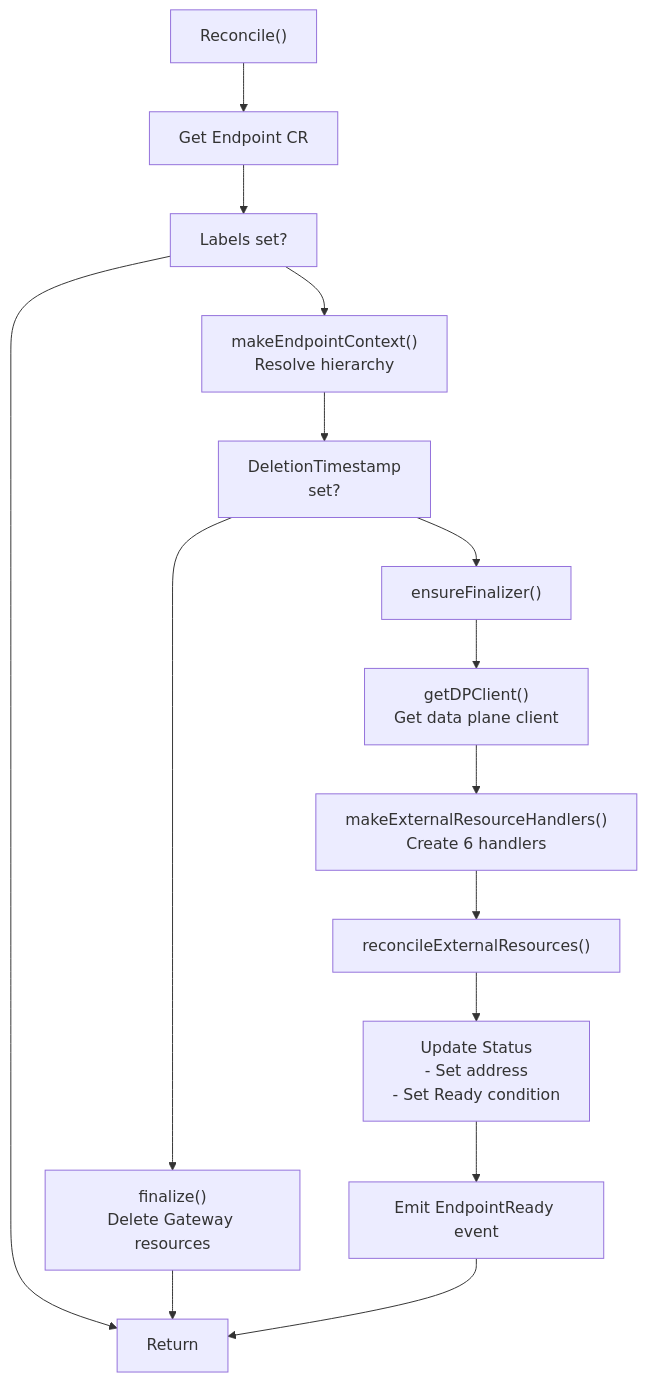
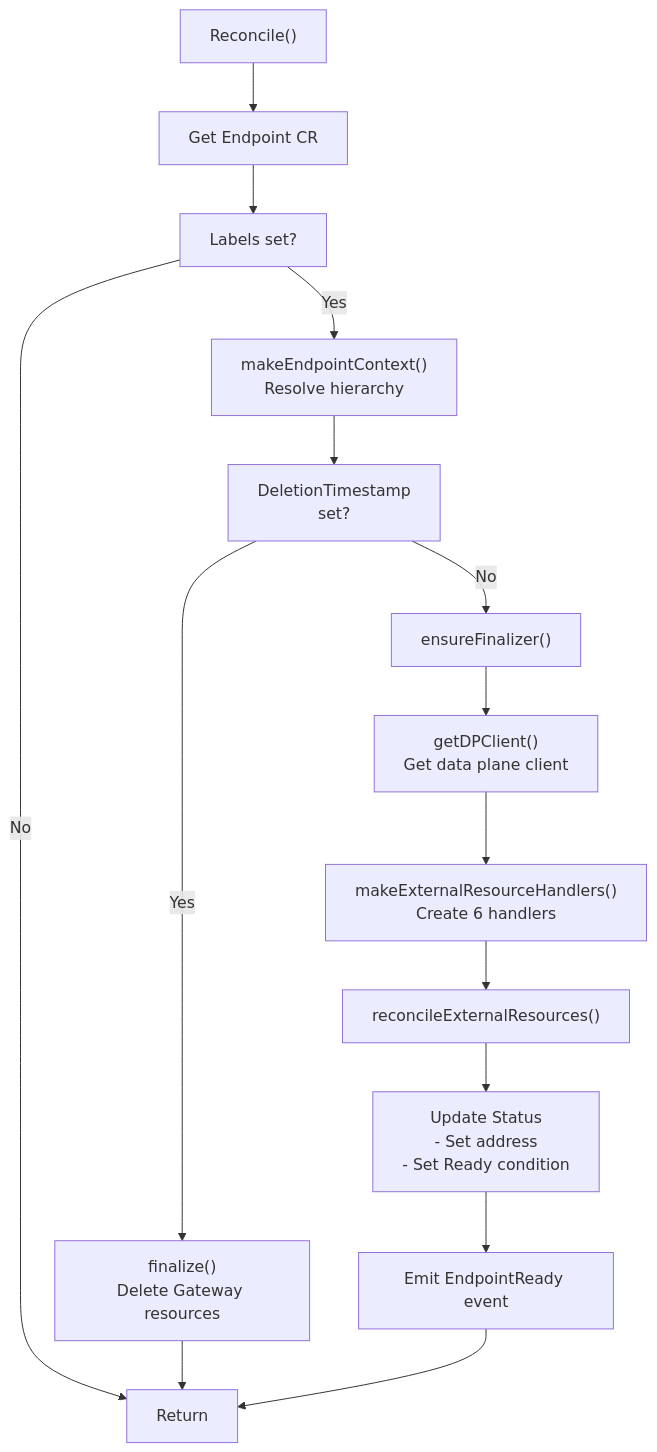
One commit to openchoreo/openchoreo changed the second of 6 diagrams in docs/deepwiki/Endpoint-Controller.md. Above: the diagram before and after it, drawn with Mermaid. The commit also changed other lines of this file and 85 other files, not shown here.

Commit message:
feat: Add new workflow and specification templates, update Helm chart dependencies, and clarify documentation diagrams.

````diff
--- a/docs/deepwiki/Endpoint-Controller.md
+++ b/docs/deepwiki/Endpoint-Controller.md
@@ -127,32 +127,32 @@
 ```mermaid
 flowchart TD
 
 Start["Reconcile()"]
 GetEP["Get Endpoint CR"]
 CheckLabels["Labels set?"]
 End["Return"]
 MakeContext["makeEndpointContext()<br>Resolve hierarchy"]
 CheckDeletion["DeletionTimestamp<br>set?"]
 Finalize["finalize()<br>Delete Gateway resources"]
 EnsureFinalizer["ensureFinalizer()"]
 GetDPClient["getDPClient()<br>Get data plane client"]
 MakeHandlers["makeExternalResourceHandlers()<br>Create 6 handlers"]
 ReconcileExternal["reconcileExternalResources()"]
 UpdateStatus["Update Status<br>- Set address<br>- Set Ready condition"]
 EmitEvent["Emit EndpointReady event"]
 
 Start --> GetEP
 GetEP --> CheckLabels
-CheckLabels --> End
-CheckLabels --> MakeContext
+CheckLabels -->|"No"| End
+CheckLabels -->|"Yes"| MakeContext
 MakeContext --> CheckDeletion
-CheckDeletion --> Finalize
-CheckDeletion --> EnsureFinalizer
+CheckDeletion -->|"Yes"| Finalize
+CheckDeletion -->|"No"| EnsureFinalizer
 EnsureFinalizer --> GetDPClient
 GetDPClient --> MakeHandlers
 MakeHandlers --> ReconcileExternal
 ReconcileExternal --> UpdateStatus
 UpdateStatus --> EmitEvent
 Finalize --> End
 EmitEvent --> End
 ```
````
